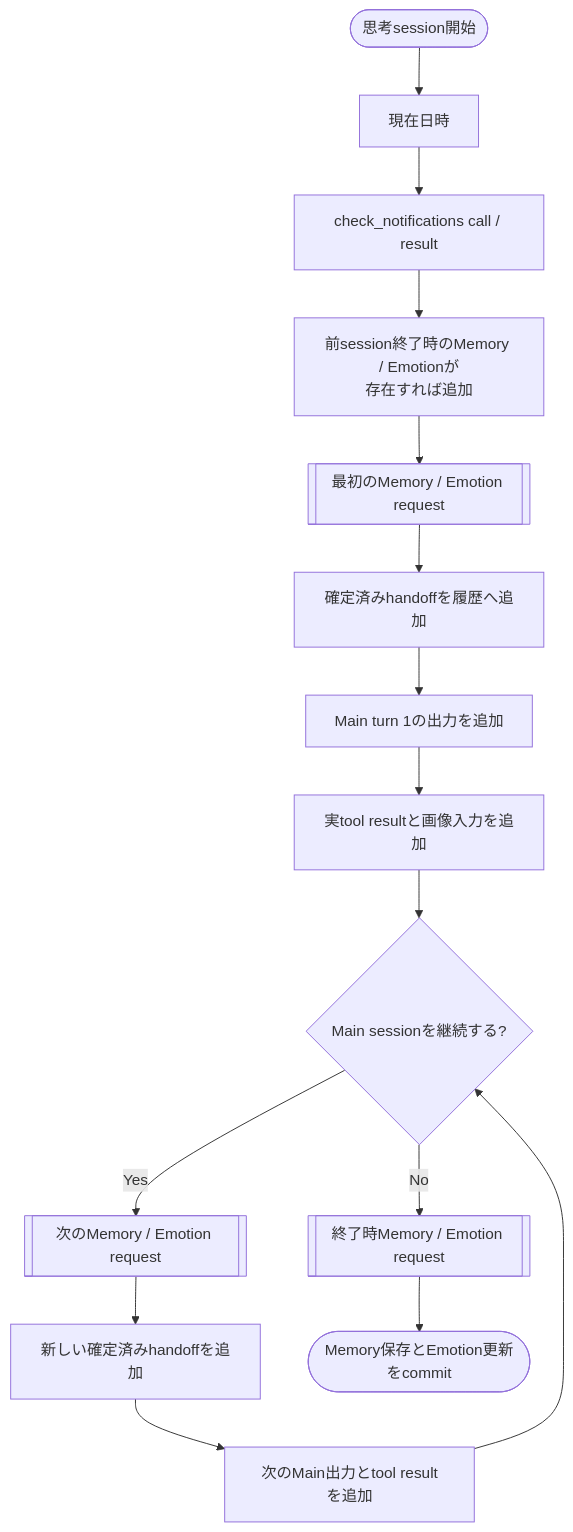
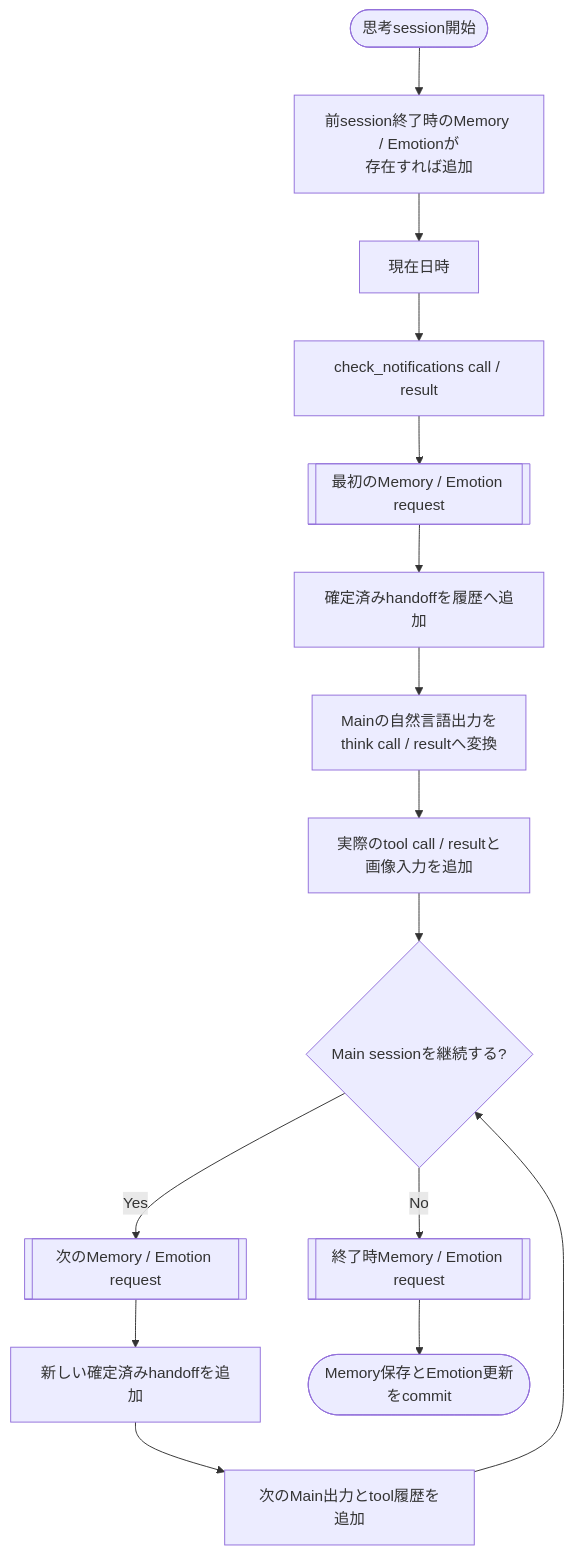
Before and after one commit to yatabis/echo-chamber: the fifth of 9 diagrams in docs/echo-processing-flows.md, drawn with Mermaid. The commit also changed other lines of this file and 8 other files, not shown here.

````diff
--- a/docs/echo-processing-flows.md
+++ b/docs/echo-processing-flows.md
@@ -166,17 +168,17 @@
 ```mermaid
 flowchart TD
-  start([思考session開始]) --> runtime[現在日時]
+  start([思考session開始]) --> restored[前session終了時のMemory / Emotionが<br/>存在すれば追加]
+  restored --> runtime[現在日時]
   runtime --> startup[check_notifications call / result]
-  startup --> restored[前session終了時のMemory / Emotionが<br/>存在すれば追加]
-  restored --> pre1[[最初のMemory / Emotion request]]
+  startup --> pre1[[最初のMemory / Emotion request]]
   pre1 --> handoff1[確定済みhandoffを履歴へ追加]
-  handoff1 --> main1[Main turn 1の出力を追加]
-  main1 --> result1[実tool resultと画像入力を追加]
+  handoff1 --> main1[Mainの自然言語出力を<br/>think call / resultへ変換]
+  main1 --> result1[実際のtool call / resultと<br/>画像入力を追加]
   result1 --> continue{Main sessionを継続する?}
   continue -->|Yes| preNext[[次のMemory / Emotion request]]
   preNext --> handoffNext[新しい確定済みhandoffを追加]
-  handoffNext --> mainNext[次のMain出力とtool resultを追加]
+  handoffNext --> mainNext[次のMain出力とtool履歴を追加]
   mainNext --> continue
   continue -->|No| post[[終了時Memory / Emotion request]]
   post --> finish([Memory保存とEmotion更新をcommit])
 ```
````
